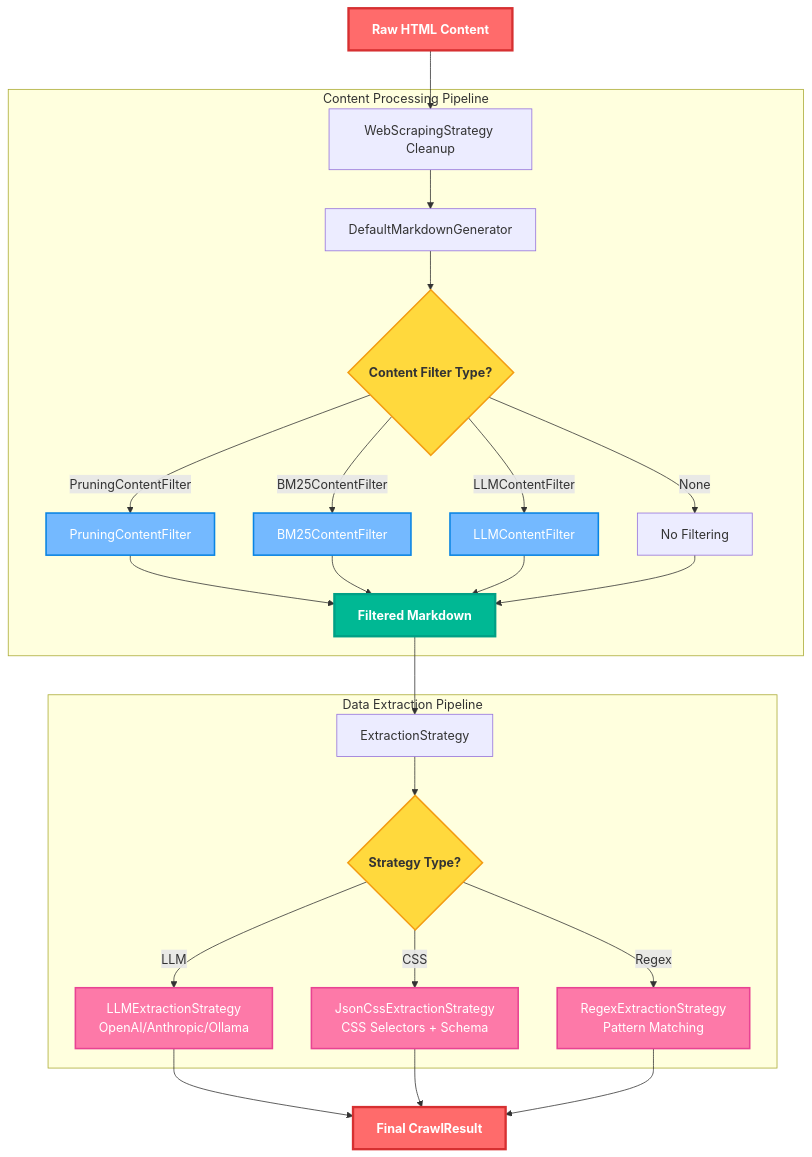
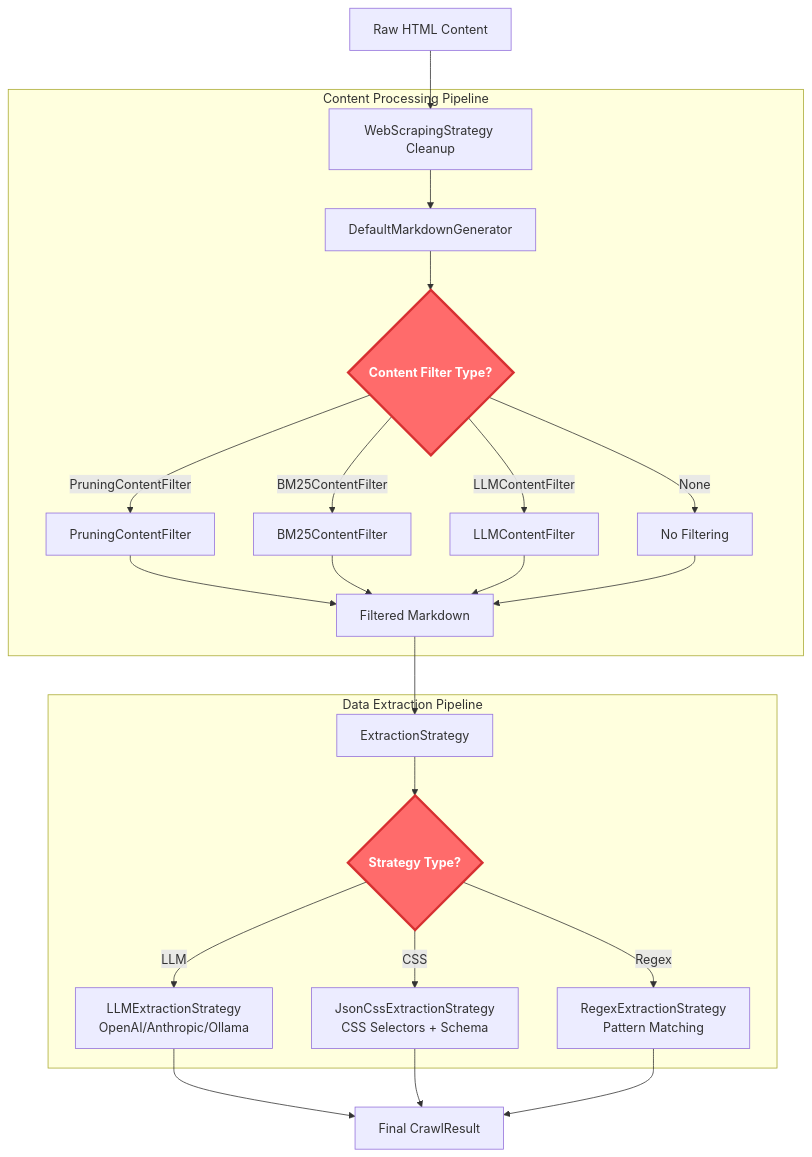
One commit to dwarvesf/research changed the second of 2 diagrams in breakdown/crawl4ai-llm-optimized-web-crawling-breakdown.md. Above: the diagram before and after it, drawn with Mermaid. The commit also changed other lines of this file, not shown here.

Commit message:
fix: highlight

````diff
--- a/breakdown/crawl4ai-llm-optimized-web-crawling-breakdown.md
+++ b/breakdown/crawl4ai-llm-optimized-web-crawling-breakdown.md
@@ -188,62 +177,54 @@
 ```mermaid
 flowchart TD
     A[Raw HTML Content] --> B[WebScrapingStrategy Cleanup]
     B --> C[DefaultMarkdownGenerator]
 
     C --> D{Content Filter Type?}
     D -->|PruningContentFilter| E[PruningContentFilter]
     D -->|BM25ContentFilter| F[BM25ContentFilter]
     D -->|LLMContentFilter| G[LLMContentFilter]
     D -->|None| H[No Filtering]
 
     E --> J[Filtered Markdown]
     F --> J
     G --> J
     H --> J
 
     J --> K[ExtractionStrategy]
     K --> L{Strategy Type?}
 
     L -->|LLM| M[LLMExtractionStrategy<br/>OpenAI/Anthropic/Ollama]
     L -->|CSS| N[JsonCssExtractionStrategy<br/>CSS Selectors + Schema]
     L -->|Regex| O[RegexExtractionStrategy<br/>Pattern Matching]
 
     M --> P[Final CrawlResult]
     N --> P
     O --> P
 
     subgraph "Content Processing Pipeline"
         B
         C
         D
         E
         F
         G
         H
         J
     end
 
     subgraph "Data Extraction Pipeline"
         K
         L
         M
         N
         O
     end
 
-    %% Styling for visual emphasis
-    classDef criticalNode fill:#ff6b6b,stroke:#d63031,stroke-width:3px,color:#fff,font-weight:bold
-    classDef keyDecision fill:#ffd93d,stroke:#f39c12,stroke-width:2px,color:#333,font-weight:bold
-    classDef filterNode fill:#74b9ff,stroke:#0984e3,stroke-width:2px,color:#fff
-    classDef strategyNode fill:#fd79a8,stroke:#e84393,stroke-width:2px,color:#fff
-    classDef resultNode fill:#00b894,stroke:#00a085,stroke-width:3px,color:#fff,font-weight:bold
+    %% Highlight only the most critical decision points
+    classDef important fill:#ff6b6b,stroke:#d63031,stroke-width:3px,color:#fff,font-weight:bold
 
-    %% Apply styles to key components
-    class A,P criticalNode
-    class D,L keyDecision
-    class E,F,G filterNode
-    class M,N,O strategyNode
-    class J resultNode
+    %% Apply to key decision points only
+    class D,L important
 
 
 ```
````
